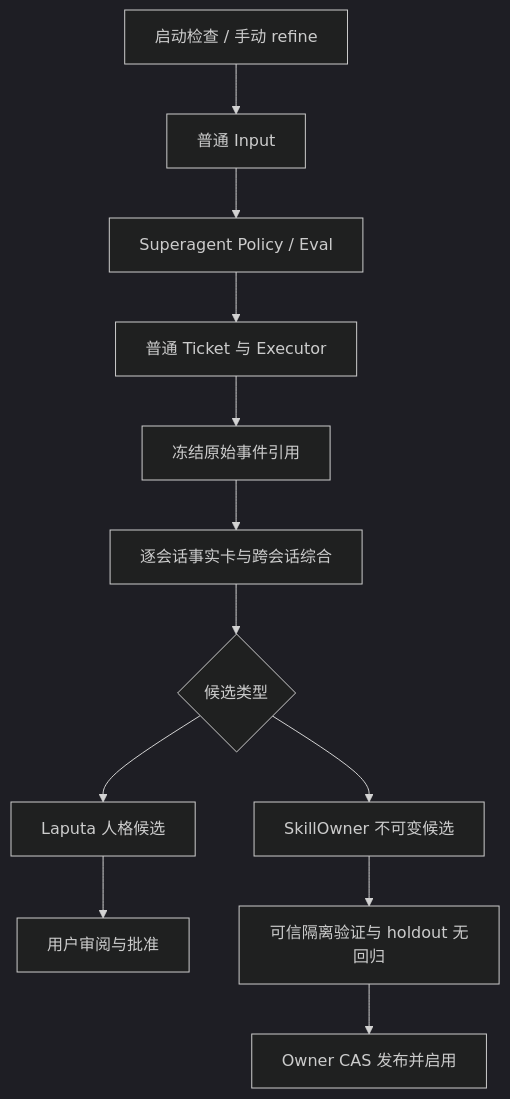
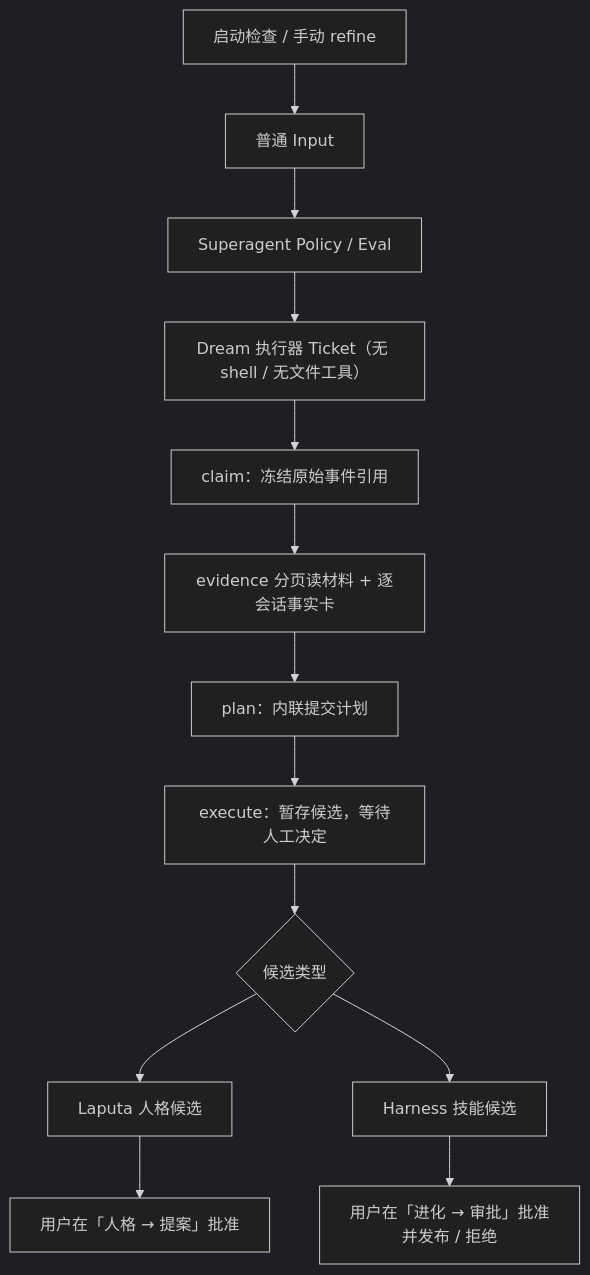
One commit to ProjectViVy/diva-dsh changed the diagram in docs/autodream.md. Above: the diagram before and after it, drawn with Mermaid (dark theme). The commit also changed other lines of this file and 18 other files, not shown here.

Commit message:
feat(dream): restrict executor tools and require candidate approval

````diff
--- a/docs/autodream.md
+++ b/docs/autodream.md
@@ -7,14 +7,15 @@
 ```mermaid
 flowchart TD
   A[启动检查 / 手动 refine] --> B[普通 Input]
   B --> C[Superagent Policy / Eval]
-  C --> D[普通 Ticket 与 Executor]
-  D --> E[冻结原始事件引用]
-  E --> F[逐会话事实卡与跨会话综合]
-  F --> G{候选类型}
-  G --> H[Laputa 人格候选]
-  H --> I[用户审阅与批准]
-  G --> J[SkillOwner 不可变候选]
-  J --> K[可信隔离验证与 holdout 无回归]
-  K --> L[Owner CAS 发布并启用]
+  C --> D[Dream 执行器 Ticket（无 shell / 无文件工具）]
+  D --> E[claim：冻结原始事件引用]
+  E --> F[evidence 分页读材料 + 逐会话事实卡]
+  F --> G[plan：内联提交计划]
+  G --> H[execute：暂存候选，等待人工决定]
+  H --> I{候选类型}
+  I --> J[Laputa 人格候选]
+  J --> K[用户在「人格 → 提案」批准]
+  I --> L[Harness 技能候选]
+  L --> M[用户在「进化 → 审批」批准并发布 / 拒绝]
 ```
````
